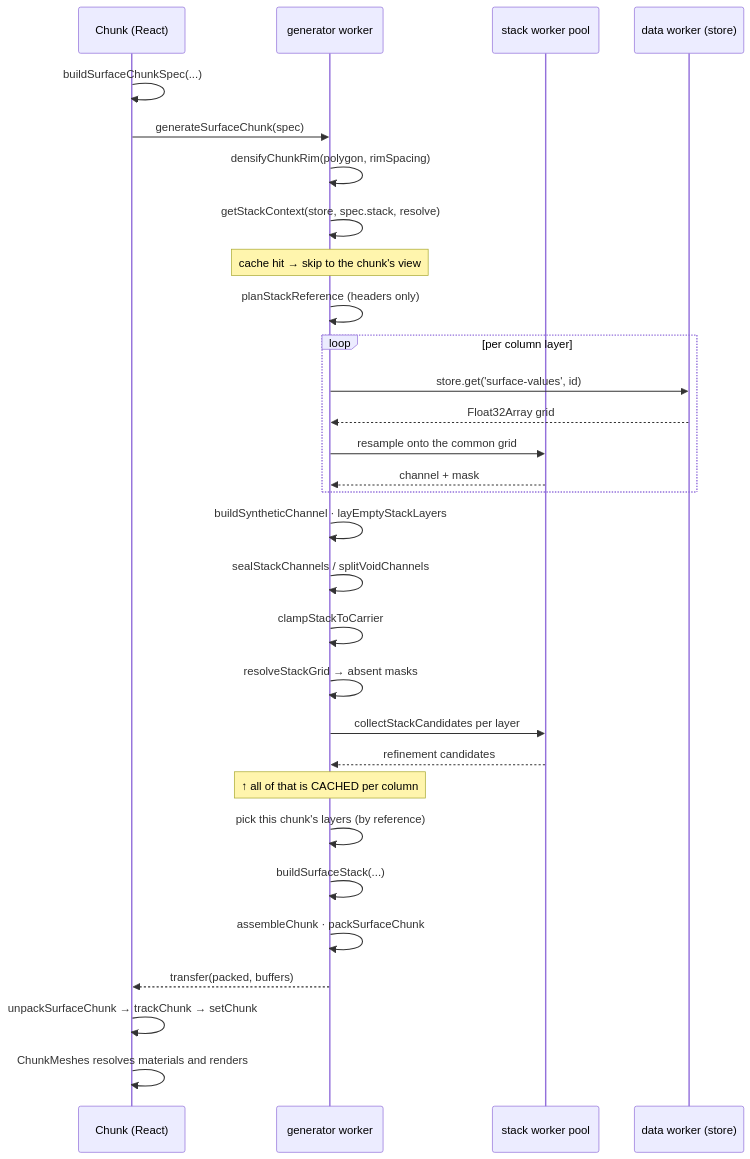
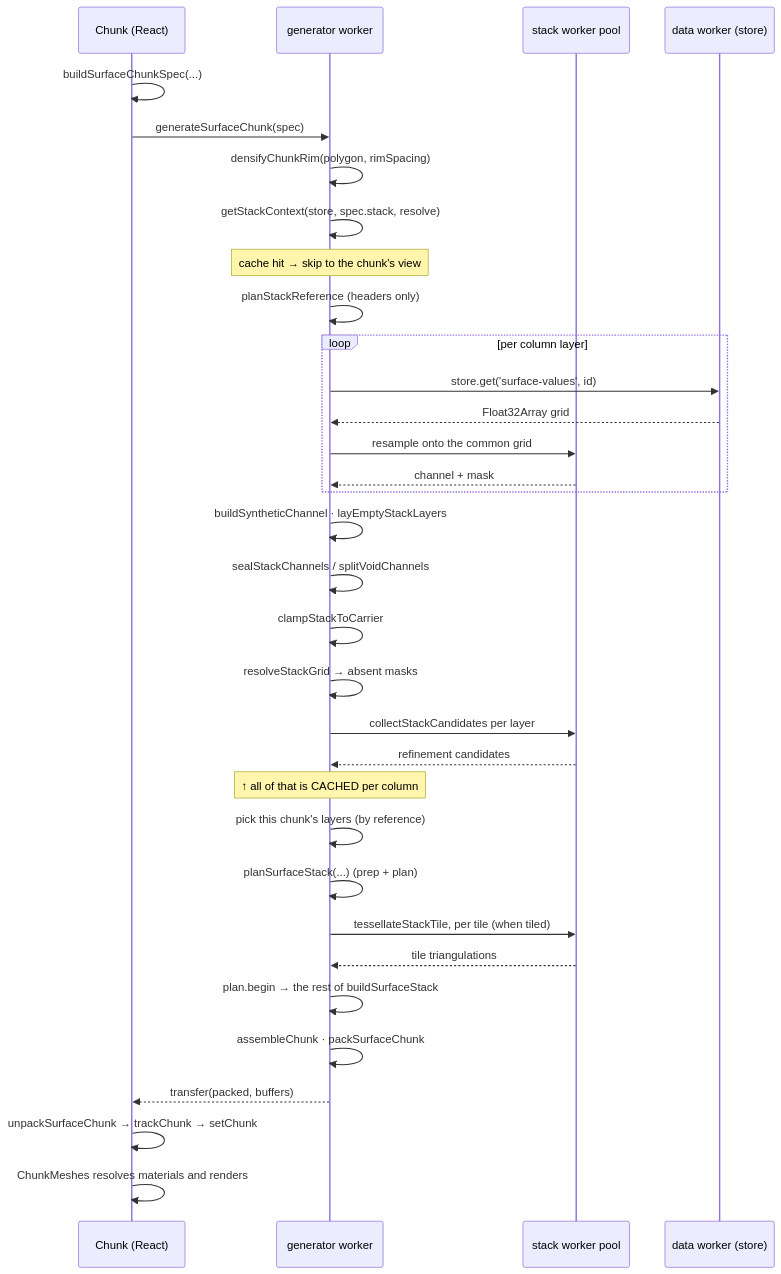
Before and after one commit to equinor/videx-3d: the first of 2 diagrams in documents/chunk-stack/build-pipeline.md, drawn with Mermaid. The commit also changed other lines of this file and 64 other files, not shown here.

Commit message:
feat(chunks): tiled tessellation with per-tile LOD, culling and peel patches under LOD, change-driven picking, used-range section uploads and a 1e-7 OIT front-peel default

````diff
--- a/documents/chunk-stack/build-pipeline.md
+++ b/documents/chunk-stack/build-pipeline.md
@@ -22,33 +22,36 @@
 ```mermaid
 sequenceDiagram
   participant R as Chunk (React)
   participant G as generator worker
   participant P as stack worker pool
   participant D as data worker (store)
 
   R->>R: buildSurfaceChunkSpec(...)
   R->>G: generateSurfaceChunk(spec)
   G->>G: densifyChunkRim(polygon, rimSpacing)
   G->>G: getStackContext(store, spec.stack, resolve)
   Note over G: cache hit → skip to the chunk's view
   G->>G: planStackReference (headers only)
   loop per column layer
     G->>D: store.get('surface-values', id)
     D-->>G: Float32Array grid
     G->>P: resample onto the common grid
     P-->>G: channel + mask
   end
   G->>G: buildSyntheticChannel · layEmptyStackLayers
   G->>G: sealStackChannels / splitVoidChannels
   G->>G: clampStackToCarrier
   G->>G: resolveStackGrid  →  absent masks
   G->>P: collectStackCandidates per layer
   P-->>G: refinement candidates
   Note over G: ↑ all of that is CACHED per column
   G->>G: pick this chunk's layers (by reference)
-  G->>G: buildSurfaceStack(...)
+  G->>G: planSurfaceStack(...)  (prep + plan)
+  G->>P: tessellateStackTile, per tile (when tiled)
+  P-->>G: tile triangulations
+  G->>G: plan.begin → the rest of buildSurfaceStack
   G->>G: assembleChunk · packSurfaceChunk
   G-->>R: transfer(packed, buffers)
   R->>R: unpackSurfaceChunk → trackChunk → setChunk
   R->>R: ChunkMeshes resolves materials and renders
 ```
````
